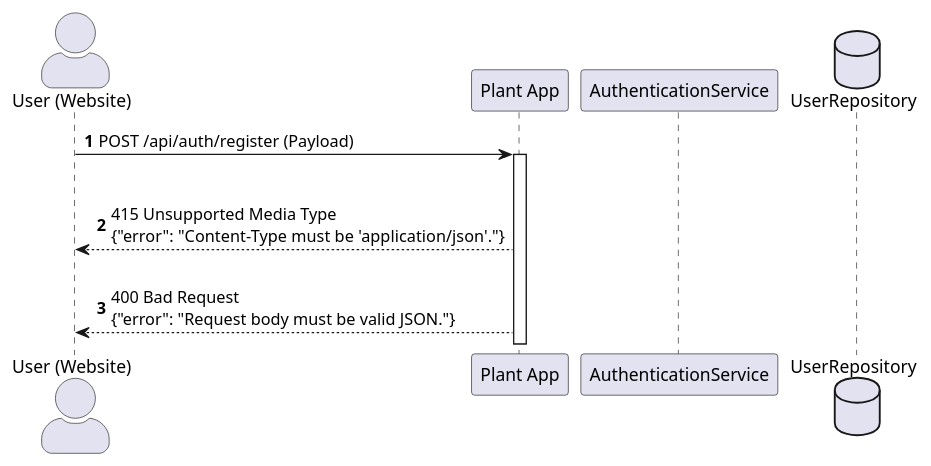
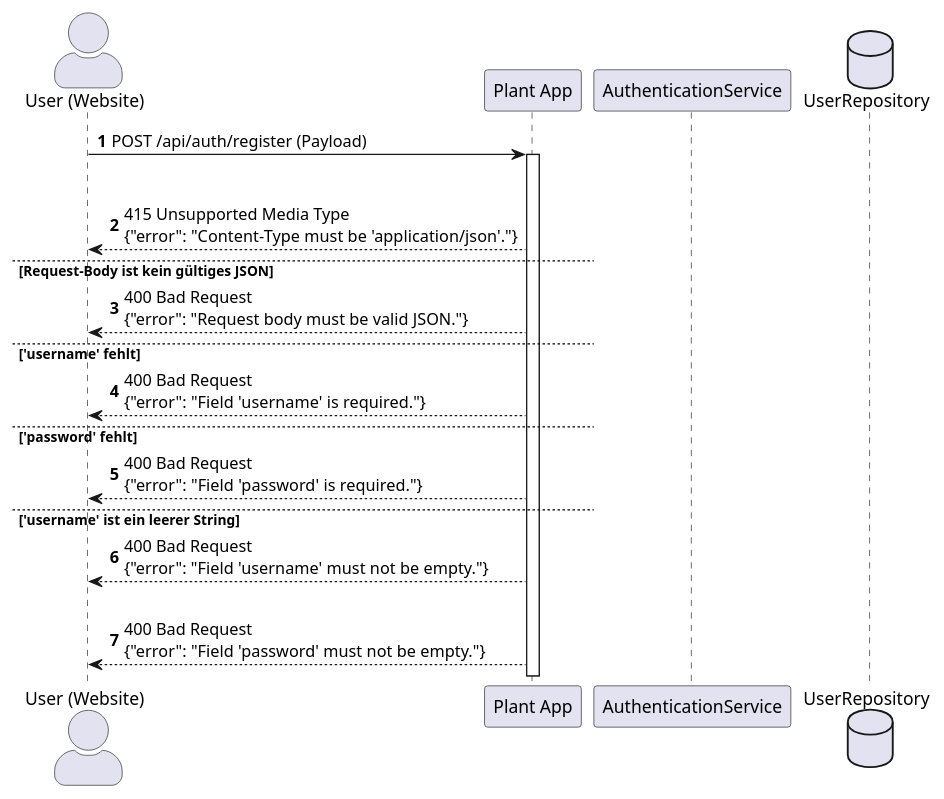
One commit to Annika-Ostendorp/pflanzenkalender-teil-2 changed the diagram in diagrams/user_registration.puml. Above: the diagram before and after it, drawn with PlantUML.

Commit message:
Add missing and invalid field error cases to sequence diagram

```diff
--- a/diagrams/user_registration.puml
+++ b/diagrams/user_registration.puml
@@ -1,21 +1,34 @@
 @startuml user_registration
 skinparam actorStyle awesome
 
 autonumber
 actor "User (Website)" as User
 participant "Plant App" as App
 participant "AuthenticationService" as Service
 database "UserRepository" as Repo
 
 'Daten werden per POST an Server (App) geschickt & verarbeitet'
 User -> App : POST /api/auth/register (Payload)
 activate App
 
 'Strukturelle Error Cases'
 alt Content-Type Header ist nicht 'application/json'
     App --> User : 415 Unsupported Media Type\n{"error": "Content-Type must be 'application/json'."}
 
 else Request-Body ist kein gültiges JSON
     App --> User : 400 Bad Request\n{"error": "Request body must be valid JSON."}
 
+'Fehlende Felder'
+else 'username' fehlt
+    App --> User : 400 Bad Request\n{"error": "Field 'username' is required."}
+
+else 'password' fehlt
+    App --> User : 400 Bad Request\n{"error": "Field 'password' is required."}
+
+'Ungültige Felder (leer)'
+else 'username' ist ein leerer String
+    App --> User : 400 Bad Request\n{"error": "Field 'username' must not be empty."}
+
+else 'password' ist ein leerer String
+    App --> User : 400 Bad Request\n{"error": "Field 'password' must not be empty."}
 @enduml
```
